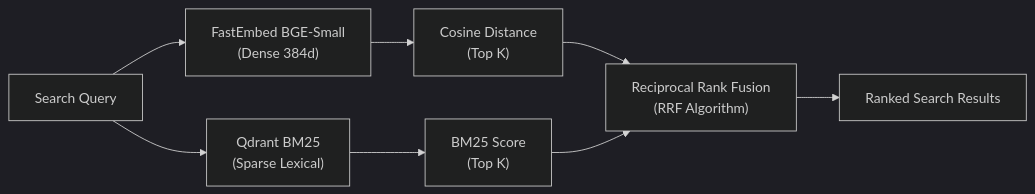
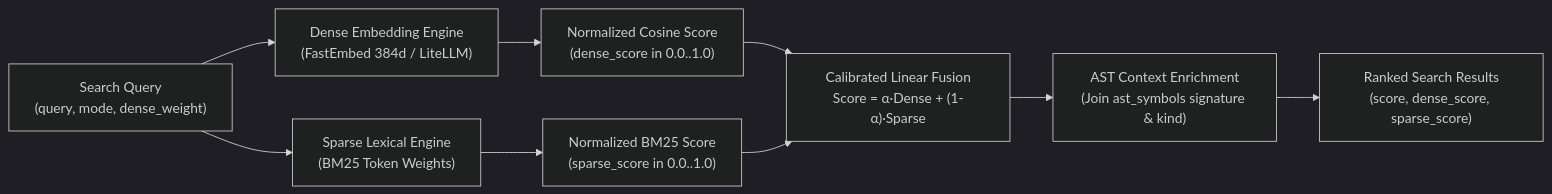
Before and after one commit to spelech/contextcortex: the second of 3 diagrams in docs/architecture/data-pipeline.md, drawn with Mermaid (dark theme). The commit also changed other lines of this file and 31 other files, not shown here.

Commit message:
docs: overhaul VitePress navigation, v2.18.0 features, Mermaid sizing, and LaTeX formatting

````diff
--- a/docs/architecture/data-pipeline.md
+++ b/docs/architecture/data-pipeline.md
@@ -64,10 +71,11 @@
 ```mermaid
 flowchart LR
-    Query["Search Query"] --> DenseEng["FastEmbed BGE-Small\n(Dense 384d)"]
-    Query --> SparseEng["Qdrant BM25\n(Sparse Lexical)"]
-    DenseEng --> DenseSearch["Cosine Distance\n(Top K)"]
-    SparseEng --> SparseSearch["BM25 Score\n(Top K)"]
-    DenseSearch --> RRF["Reciprocal Rank Fusion\n(RRF Algorithm)"]
-    SparseSearch --> RRF
-    RRF --> Results["Ranked Search Results"]
+    Query["Search Query<br/>(query, mode, dense_weight)"] --> DenseEng["Dense Embedding Engine<br/>(FastEmbed 384d / LiteLLM)"]
+    Query --> SparseEng["Sparse Lexical Engine<br/>(BM25 Token Weights)"]
+    DenseEng --> DenseSearch["Normalized Cosine Score<br/>(dense_score in 0.0..1.0)"]
+    SparseEng --> SparseSearch["Normalized BM25 Score<br/>(sparse_score in 0.0..1.0)"]
+    DenseSearch --> Fusion["Calibrated Linear Fusion<br/>Score = α·Dense + (1-α)·Sparse"]
+    SparseSearch --> Fusion
+    Fusion --> Enrich["AST Context Enrichment<br/>(Join ast_symbols signature & kind)"]
+    Enrich --> Results["Ranked Search Results<br/>(score, dense_score, sparse_score)"]
 ```
````
